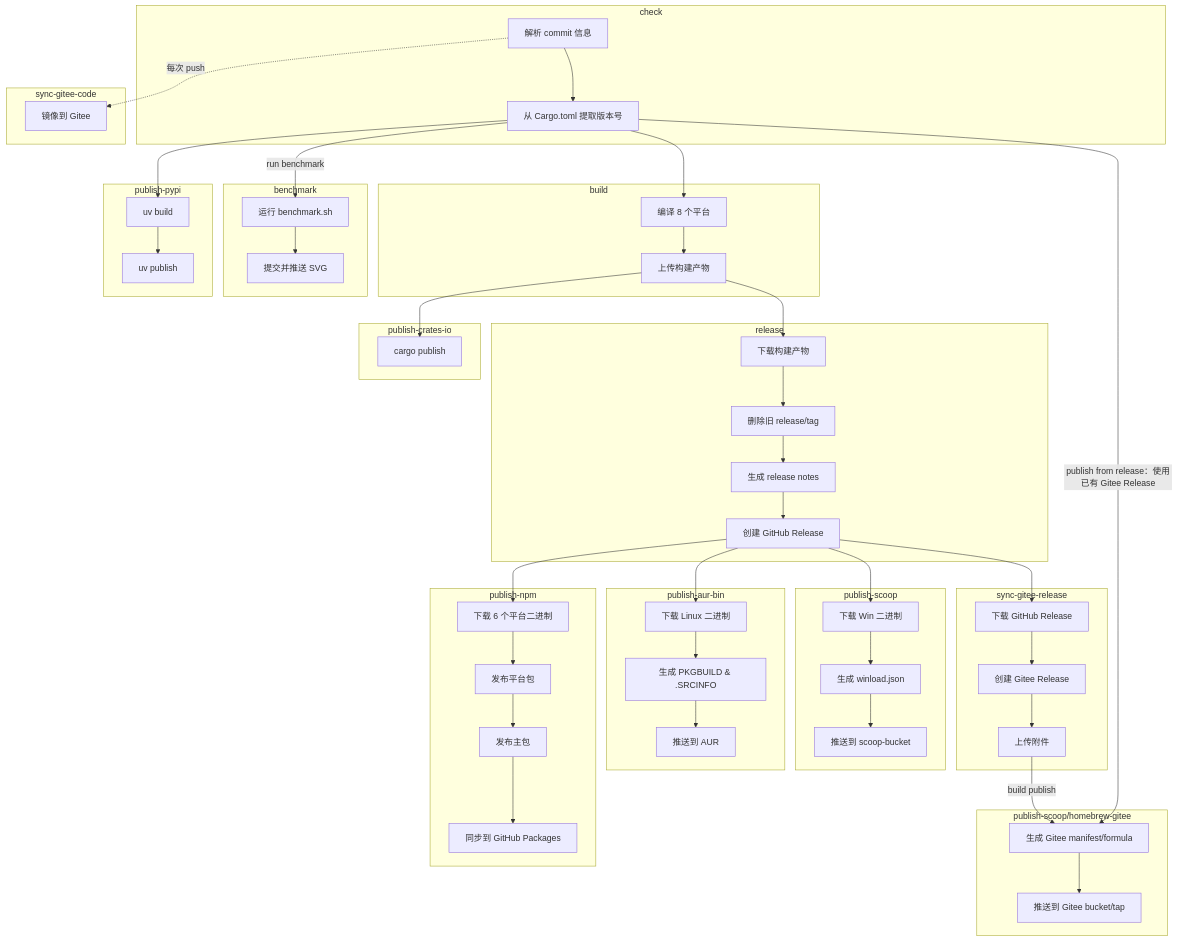
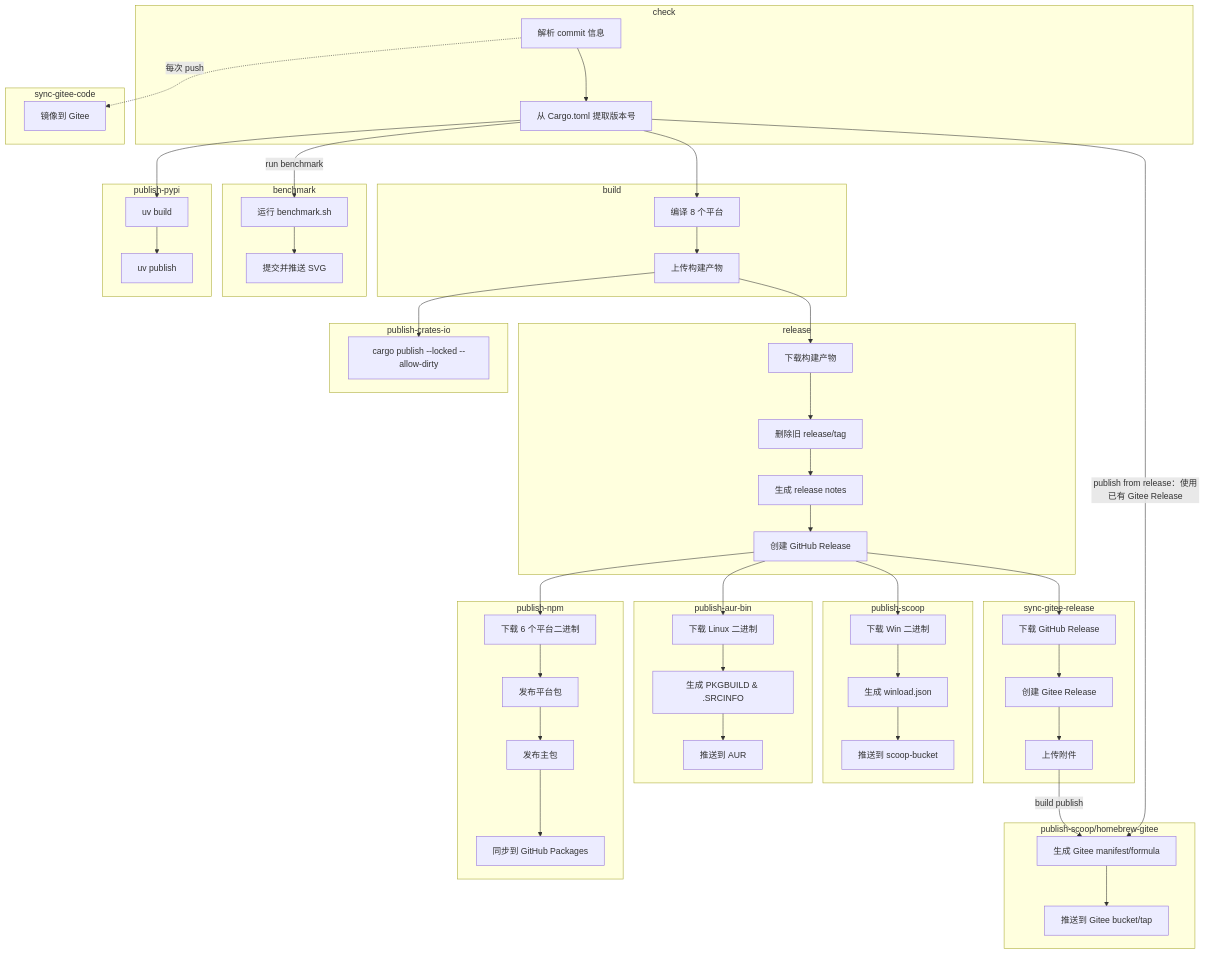
Before and after one commit to VincentZyuApps/winload: the diagram in .github/workflows/build.zh-cn.md, drawn with Mermaid. The commit also changed other lines of this file and 9 other files, not shown here.

```diff
--- a/.github/workflows/build.zh-cn.md
+++ b/.github/workflows/build.zh-cn.md
@@ -208,7 +224,7 @@
     end
     
     subgraph crates["publish-crates-io"]
-        CR1[cargo publish]
+        CR1[cargo publish --locked --allow-dirty]
     end
     
     subgraph pypi["publish-pypi"]
```
